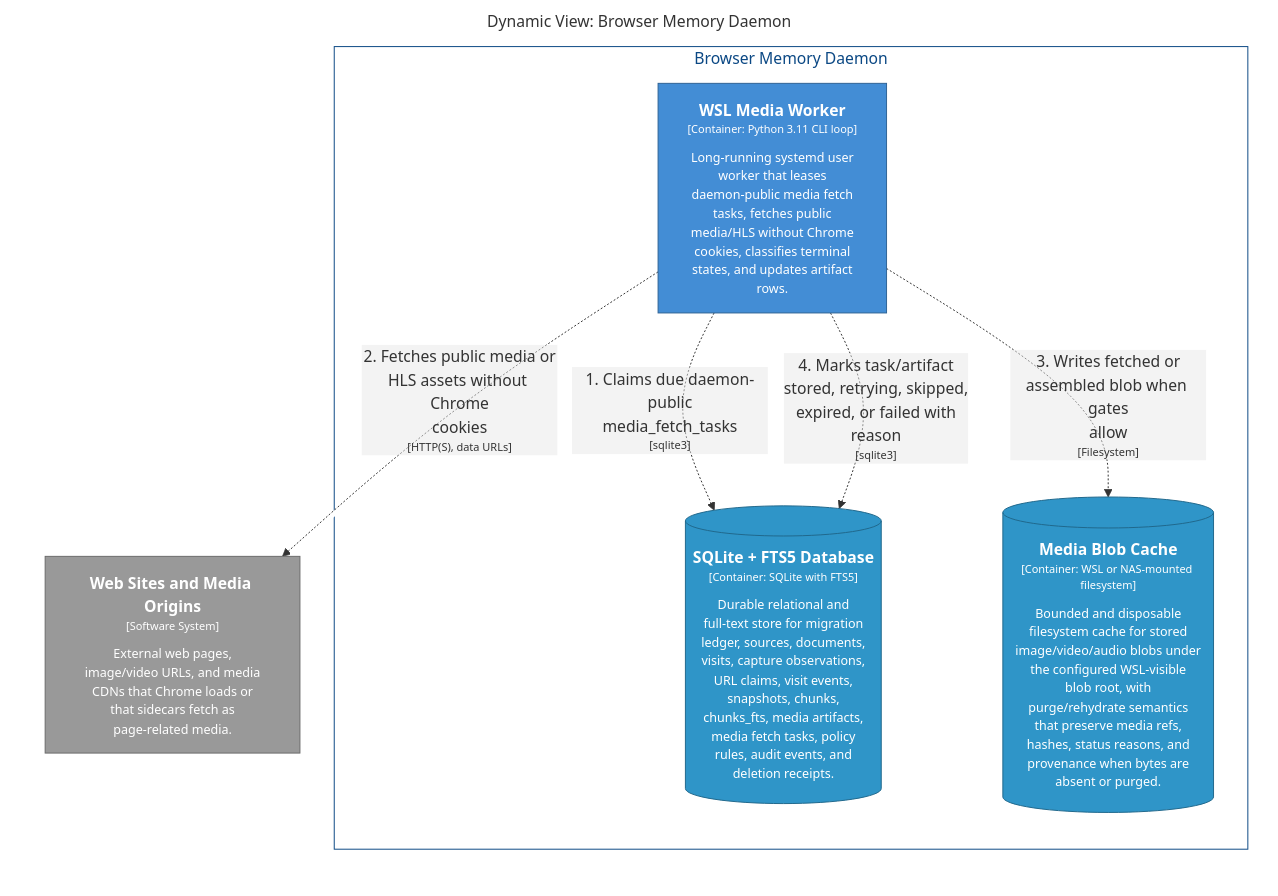
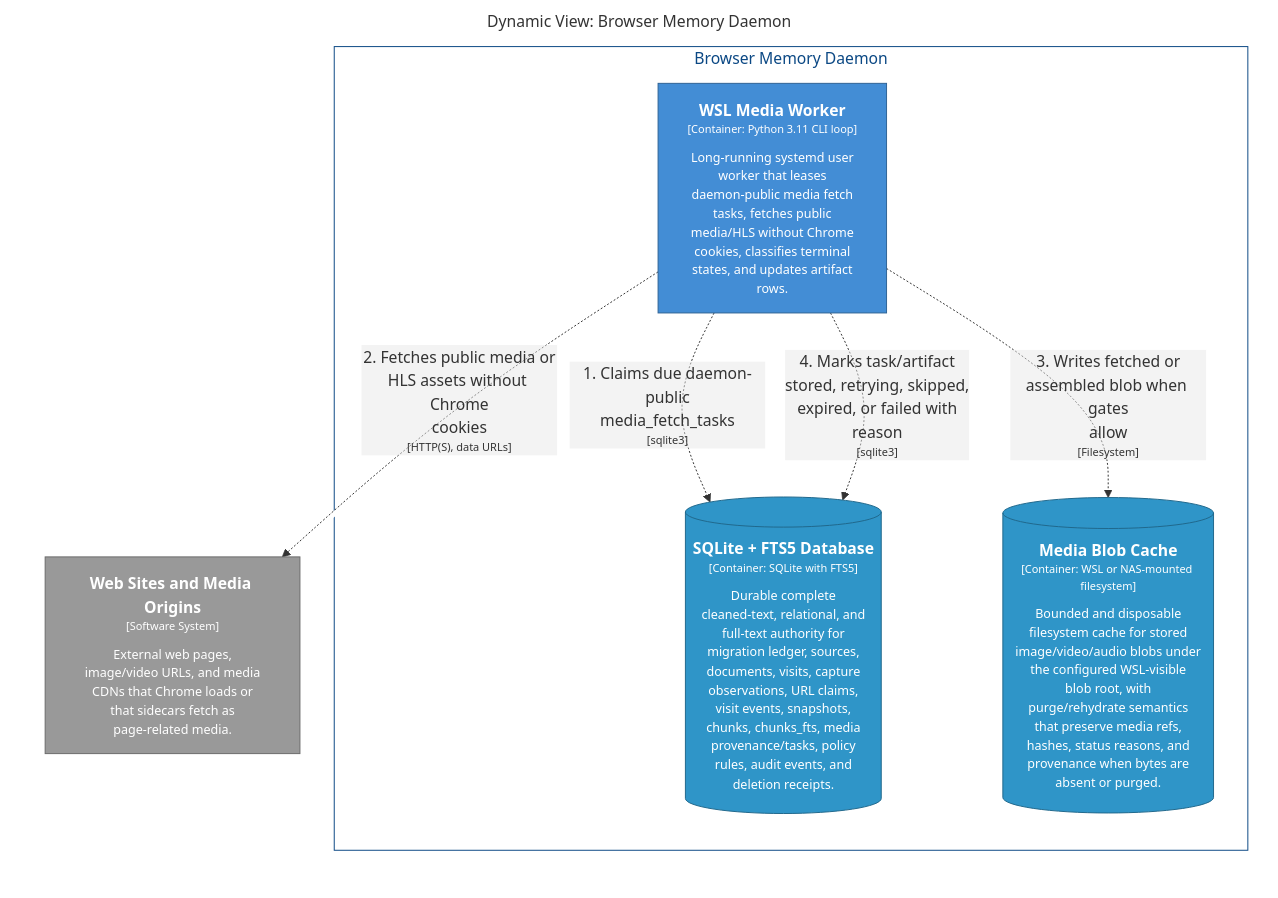
One commit to michaelnicks0/browser-memory-daemon changed the diagram in docs/architecture/diagrams/markdown/DaemonPublicMediaWorkerFlow.md. Above: the diagram before and after it, drawn with Mermaid. The commit also changed 196 other files, not shown here.

Commit message:
feat(storage): make SQLite authoritative for snapshot text

````diff
--- a/docs/architecture/diagrams/markdown/DaemonPublicMediaWorkerFlow.md
+++ b/docs/architecture/diagrams/markdown/DaemonPublicMediaWorkerFlow.md
@@ -16,28 +16,28 @@
 ```mermaid
 graph LR
   linkStyle default fill:#ffffff
 
   subgraph diagram ["Dynamic View: Browser Memory Daemon"]
     style diagram fill:#ffffff,stroke:#ffffff
 
     subgraph 4 ["Browser Memory Daemon"]
       style 4 fill:#ffffff,stroke:#0b4884,color:#0b4884
 
-      25["<div style='font-weight: bold'>WSL Media Worker</div><div style='font-size: 70%; margin-top: 0px'>[Container: Python 3.11 CLI loop]</div><div style='font-size: 80%; margin-top:10px'>Long-running systemd user<br />worker that leases<br />daemon-public media fetch<br />tasks, fetches public<br />media/HLS without Chrome<br />cookies, classifies terminal<br />states, and updates artifact<br />rows.</div>"]
-      style 25 fill:#438dd5,stroke:#2e6295,color:#ffffff
-      28[("<div style='font-weight: bold'>SQLite + FTS5 Database</div><div style='font-size: 70%; margin-top: 0px'>[Container: SQLite with FTS5]</div><div style='font-size: 80%; margin-top:10px'>Durable relational and<br />full-text store for migration<br />ledger, sources, documents,<br />visits, capture observations,<br />URL claims, visit events,<br />snapshots, chunks,<br />chunks_fts, media artifacts,<br />media fetch tasks, policy<br />rules, audit events, and<br />deletion receipts.</div>")]
-      style 28 fill:#2f95c8,stroke:#20688c,color:#ffffff
-      30[("<div style='font-weight: bold'>Media Blob Cache</div><div style='font-size: 70%; margin-top: 0px'>[Container: WSL or NAS-mounted filesystem]</div><div style='font-size: 80%; margin-top:10px'>Bounded and disposable<br />filesystem cache for stored<br />image/video/audio blobs under<br />the configured WSL-visible<br />blob root, with<br />purge/rehydrate semantics<br />that preserve media refs,<br />hashes, status reasons, and<br />provenance when bytes are<br />absent or purged.</div>")]
-      style 30 fill:#2f95c8,stroke:#20688c,color:#ffffff
+      26["<div style='font-weight: bold'>WSL Media Worker</div><div style='font-size: 70%; margin-top: 0px'>[Container: Python 3.11 CLI loop]</div><div style='font-size: 80%; margin-top:10px'>Long-running systemd user<br />worker that leases<br />daemon-public media fetch<br />tasks, fetches public<br />media/HLS without Chrome<br />cookies, classifies terminal<br />states, and updates artifact<br />rows.</div>"]
+      style 26 fill:#438dd5,stroke:#2e6295,color:#ffffff
+      29[("<div style='font-weight: bold'>SQLite + FTS5 Database</div><div style='font-size: 70%; margin-top: 0px'>[Container: SQLite with FTS5]</div><div style='font-size: 80%; margin-top:10px'>Durable complete<br />cleaned-text, relational, and<br />full-text authority for<br />migration ledger, sources,<br />documents, visits, capture<br />observations, URL claims,<br />visit events, snapshots,<br />chunks, chunks_fts, media<br />provenance/tasks, policy<br />rules, audit events, and<br />deletion receipts.</div>")]
+      style 29 fill:#2f95c8,stroke:#20688c,color:#ffffff
+      31[("<div style='font-weight: bold'>Media Blob Cache</div><div style='font-size: 70%; margin-top: 0px'>[Container: WSL or NAS-mounted filesystem]</div><div style='font-size: 80%; margin-top:10px'>Bounded and disposable<br />filesystem cache for stored<br />image/video/audio blobs under<br />the configured WSL-visible<br />blob root, with<br />purge/rehydrate semantics<br />that preserve media refs,<br />hashes, status reasons, and<br />provenance when bytes are<br />absent or purged.</div>")]
+      style 31 fill:#2f95c8,stroke:#20688c,color:#ffffff
     end
 
     3["<div style='font-weight: bold'>Web Sites and Media Origins</div><div style='font-size: 70%; margin-top: 0px'>[Software System]</div><div style='font-size: 80%; margin-top:10px'>External web pages,<br />image/video URLs, and media<br />CDNs that Chrome loads or<br />that sidecars fetch as<br />page-related media.</div>"]
     style 3 fill:#999999,stroke:#6b6b6b,color:#ffffff
 
-    25-. "<div>1. Claims due daemon-public<br />media_fetch_tasks</div><div style='font-size: 70%'>[sqlite3]</div>" .->28
-    25-. "<div>2. Fetches public media or<br />HLS assets without Chrome<br />cookies</div><div style='font-size: 70%'>[HTTP(S), data URLs]</div>" .->3
-    25-. "<div>3. Writes fetched or<br />assembled blob when gates<br />allow</div><div style='font-size: 70%'>[Filesystem]</div>" .->30
-    25-. "<div>4. Marks task/artifact<br />stored, retrying, skipped,<br />expired, or failed with<br />reason</div><div style='font-size: 70%'>[sqlite3]</div>" .->28
+    26-. "<div>1. Claims due daemon-public<br />media_fetch_tasks</div><div style='font-size: 70%'>[sqlite3]</div>" .->29
+    26-. "<div>2. Fetches public media or<br />HLS assets without Chrome<br />cookies</div><div style='font-size: 70%'>[HTTP(S), data URLs]</div>" .->3
+    26-. "<div>3. Writes fetched or<br />assembled blob when gates<br />allow</div><div style='font-size: 70%'>[Filesystem]</div>" .->31
+    26-. "<div>4. Marks task/artifact<br />stored, retrying, skipped,<br />expired, or failed with<br />reason</div><div style='font-size: 70%'>[sqlite3]</div>" .->29
 
   end
 ```
````
